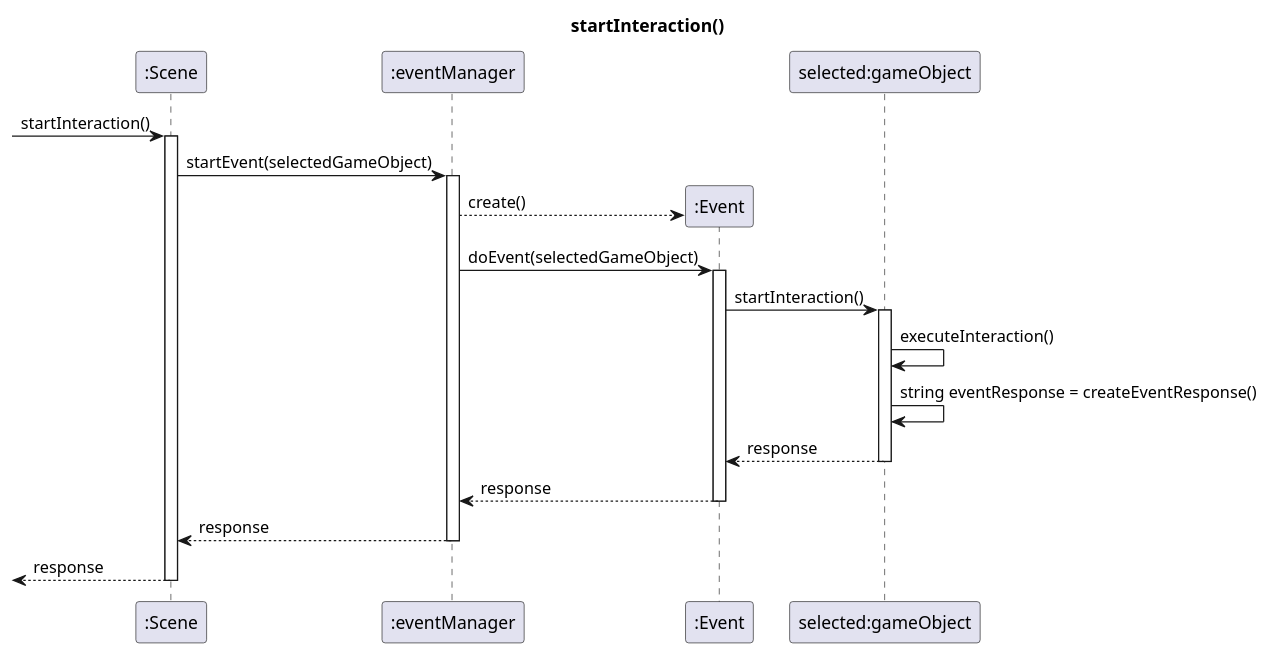
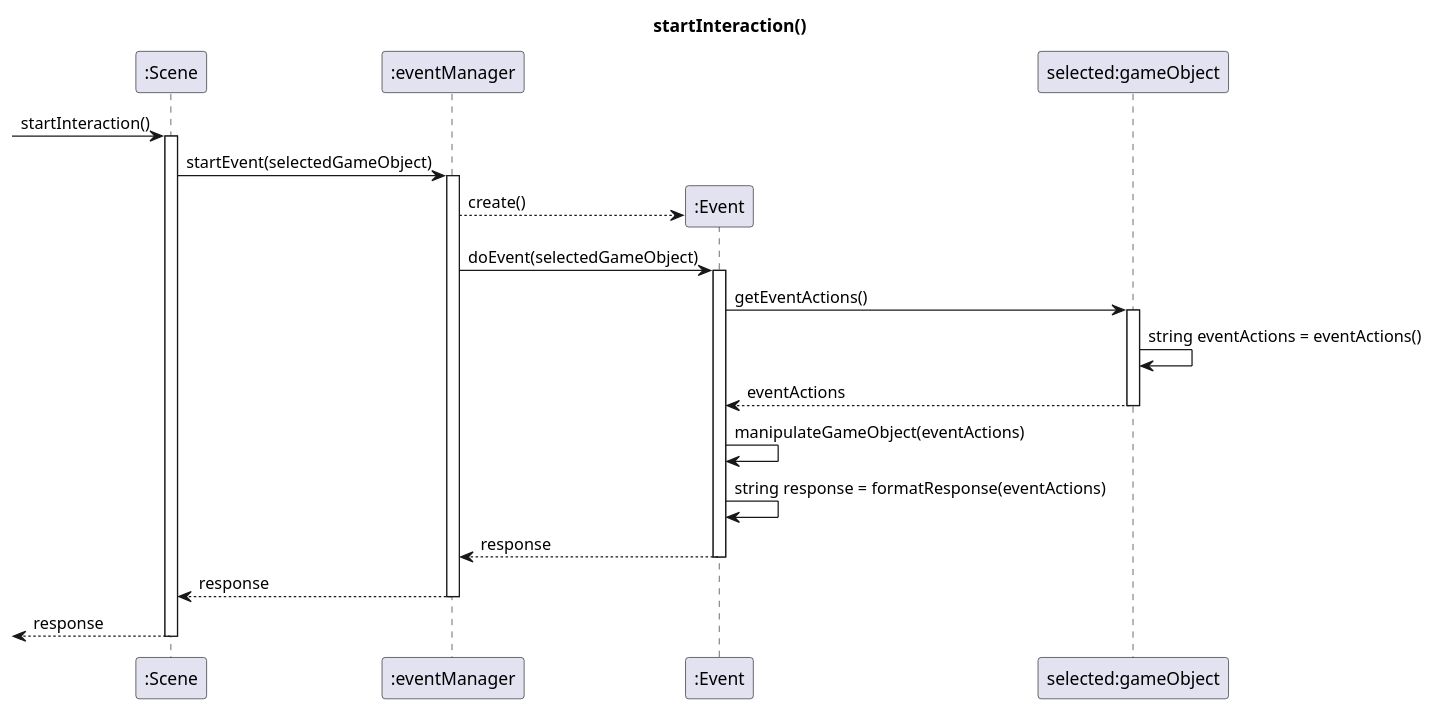
Before and after one commit to NoahHakansson/SE-PA1460: the diagram in startInteraction.pu, drawn with PlantUML. The commit also changed 1 other file, not shown here.

Commit message:
Updated UML on all diagrams

```diff
--- a/startInteraction.pu
+++ b/startInteraction.pu
@@ -1,16 +1,17 @@
 @startuml
 
 title startInteraction()
 [-> ":Scene" ++ : startInteraction()
 ":Scene" -> ":eventManager" ++ : startEvent(selectedGameObject)
 ":eventManager" --> ":Event" ** : create()
 ":eventManager" -> ":Event" ++: doEvent(selectedGameObject)
-":Event" -> "selected:gameObject" ++: startInteraction()
-"selected:gameObject" -> "selected:gameObject": executeInteraction()
-"selected:gameObject" -> "selected:gameObject": string eventResponse = createEventResponse()
-return response 
+":Event" -> "selected:gameObject" ++: getEventActions()
+"selected:gameObject" -> "selected:gameObject": string eventActions = eventActions()
+return eventActions
+":Event" -> ":Event": manipulateGameObject(eventActions)
+":Event" -> ":Event": string response = formatResponse(eventActions)
 return response 
 return response
 return response
 
 @enduml
```
